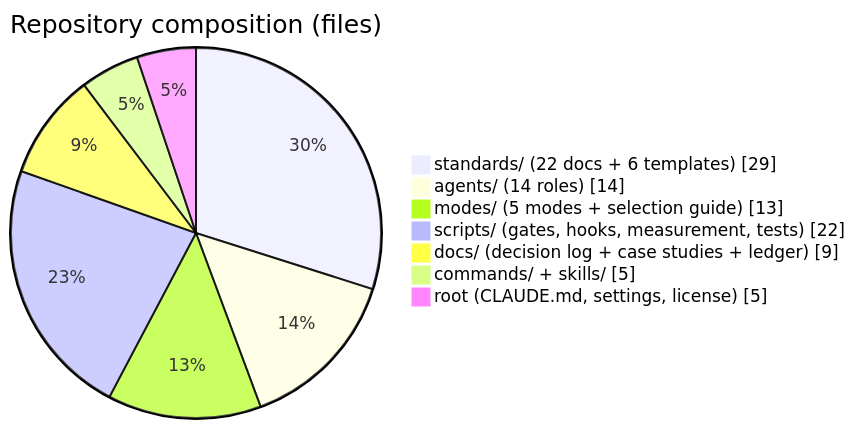
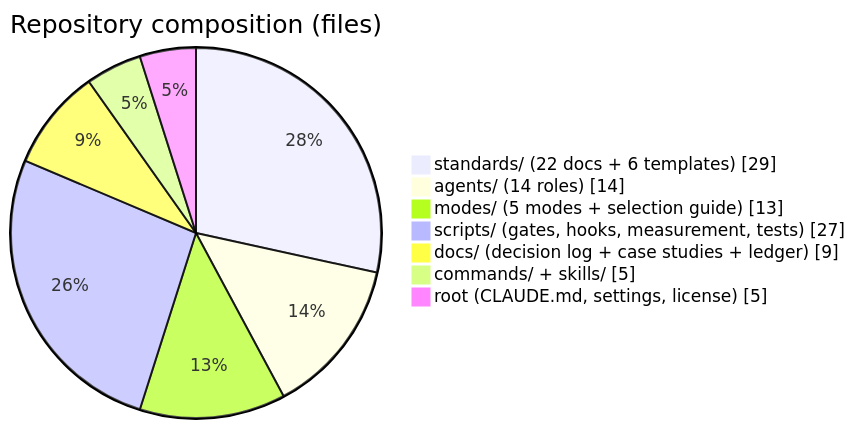
One commit to adyusuf/claude-code-standards changed the first of 2 diagrams in README.md. Above: the diagram before and after it, drawn with Mermaid. The commit also changed other lines of this file and 4 other files, not shown here.

First line of the commit message:
feat(scripts): install-live-hooks.py — activate the guard and the ledger refresh

````diff
--- a/README.md
+++ b/README.md
@@ -18,10 +18,10 @@
 ```mermaid
 pie showData title Repository composition (files)
  "standards/ (22 docs + 6 templates)" : 29
  "agents/ (14 roles)" : 14
  "modes/ (5 modes + selection guide)" : 13
- "scripts/ (gates, hooks, measurement, tests)" : 22
+ "scripts/ (gates, hooks, measurement, tests)" : 27
  "docs/ (decision log + case studies + ledger)" : 9
  "commands/ + skills/" : 5
  "root (CLAUDE.md, settings, license)" : 5
 ```
````
